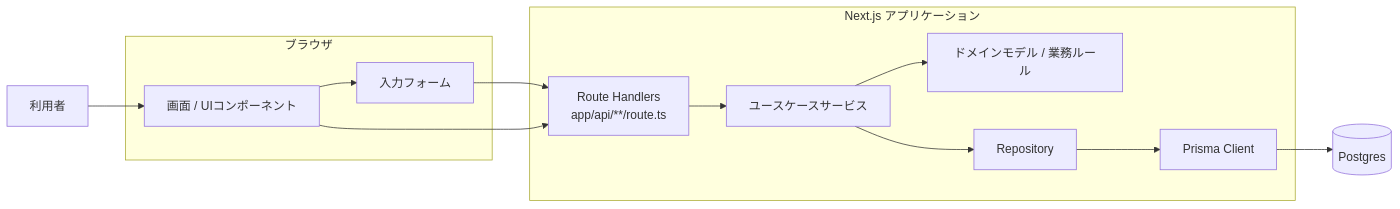
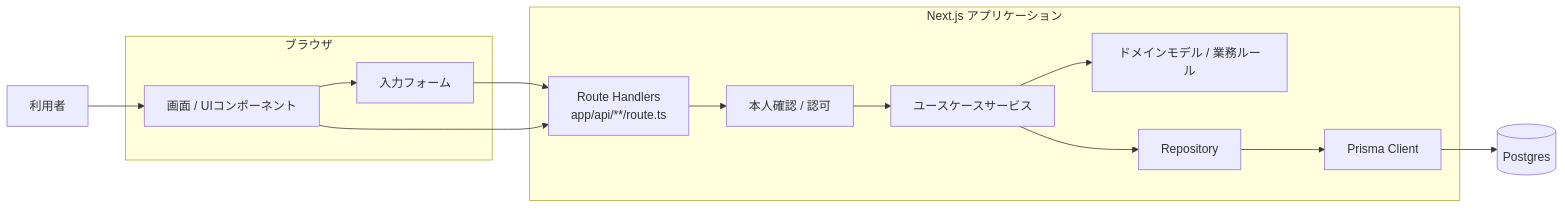
The diagram in docs/architecture-design/README.md (97kuek/HRS), drawn with Mermaid before and after one commit. The commit also changed other lines of this file and 3 other files, not shown here.

Commit message:
docs: add auth architecture design

````diff
--- a/docs/architecture-design/README.md
+++ b/docs/architecture-design/README.md
@@ -26,29 +27,31 @@
 ```mermaid
 flowchart LR
     user[利用者]
 
     subgraph browser[ブラウザ]
         pages[画面 / UIコンポーネント]
         forms[入力フォーム]
     end
 
     subgraph next[Next.js アプリケーション]
         routes["Route Handlers<br/>app/api/**/route.ts"]
+        auth["本人確認 / 認可"]
         services["ユースケースサービス"]
         domain["ドメインモデル / 業務ルール"]
         repos[Repository]
         prisma[Prisma Client]
     end
 
     db[(Postgres)]
 
     user --> pages
     pages --> forms
     forms --> routes
     pages --> routes
-    routes --> services
+    routes --> auth
+    auth --> services
     services --> domain
     services --> repos
     repos --> prisma
     prisma --> db
 ```
````
